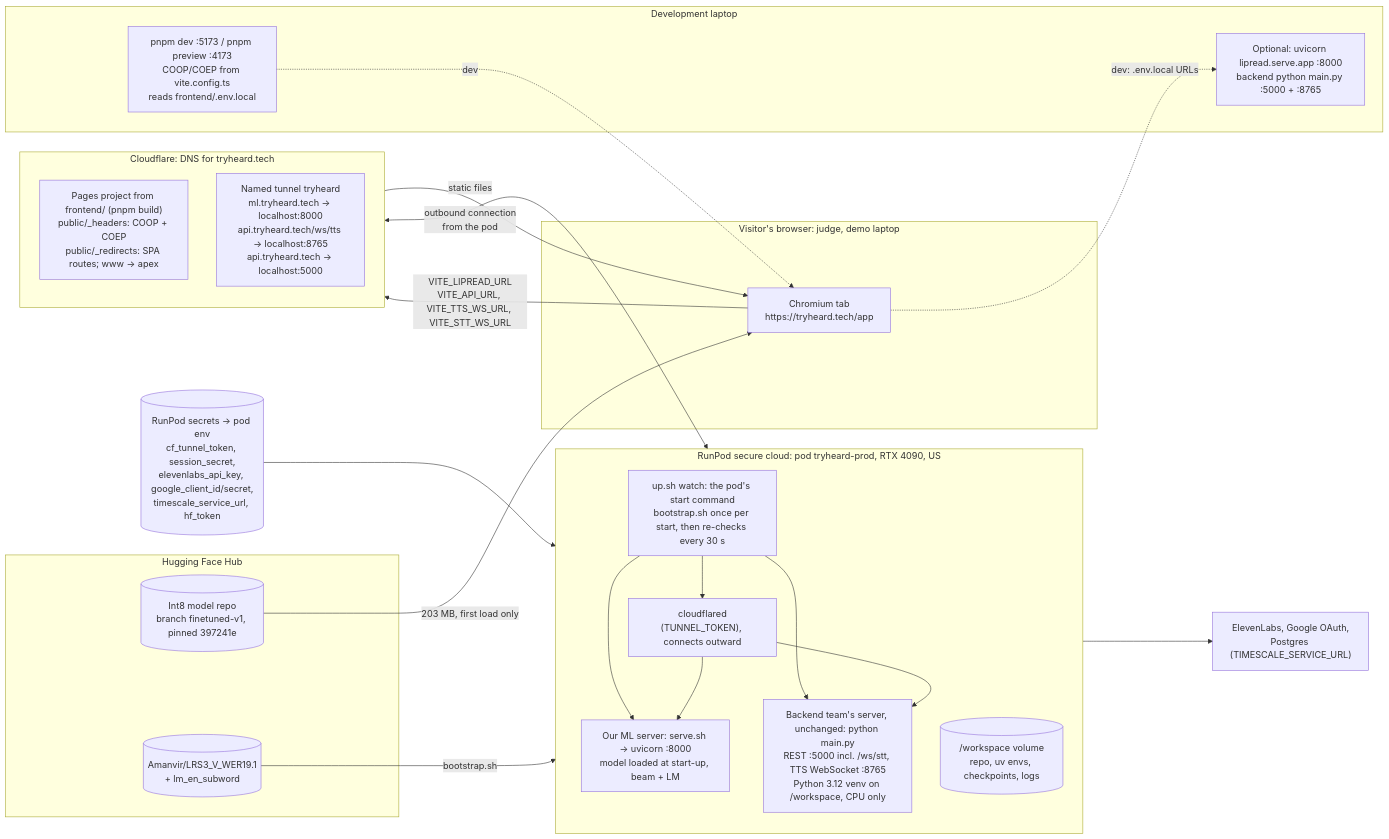
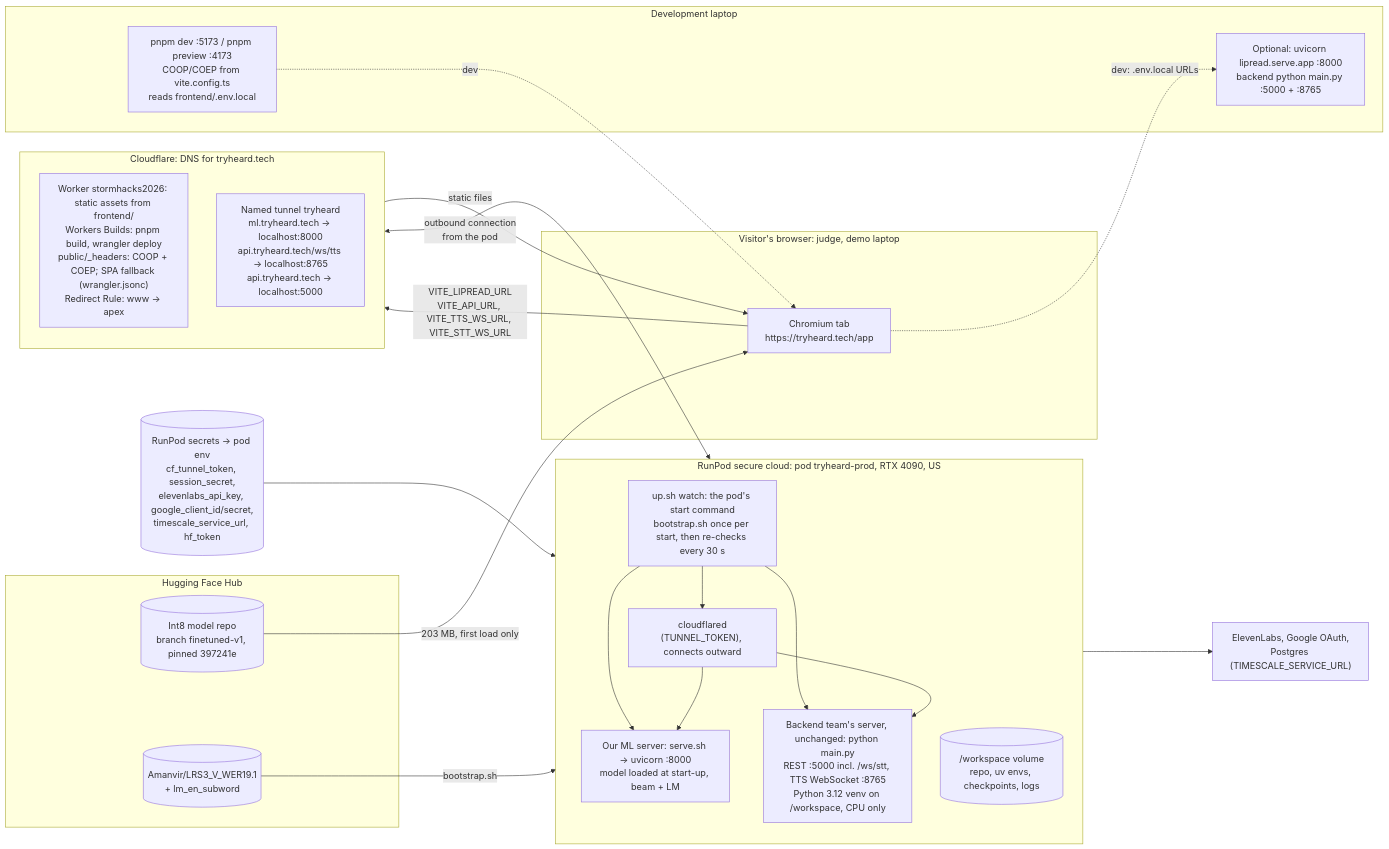
One commit to LMSAIH/stormhacks2026 changed the diagram in docs/architecture/deployment.md. Above: the diagram before and after it, drawn with Mermaid. The commit also changed other lines of this file and 7 other files, not shown here.

````diff
--- a/docs/architecture/deployment.md
+++ b/docs/architecture/deployment.md
@@ -13,50 +14,50 @@
 ```mermaid
 flowchart LR
   subgraph visitor["Visitor's browser: judge, demo laptop"]
     chrome["Chromium tab<br/>https://tryheard.tech/app"]
   end
 
   subgraph cf["Cloudflare: DNS for tryheard.tech"]
     direction TB
-    pages["Pages project from frontend/ (pnpm build)<br/>public/_headers: COOP + COEP<br/>public/_redirects: SPA routes; www → apex"]
+    pages["Worker stormhacks2026: static assets from frontend/<br/>Workers Builds: pnpm build, wrangler deploy<br/>public/_headers: COOP + COEP; SPA fallback (wrangler.jsonc)<br/>Redirect Rule: www → apex"]
     tunnel["Named tunnel tryheard<br/>ml.tryheard.tech → localhost:8000<br/>api.tryheard.tech/ws/tts → localhost:8765<br/>api.tryheard.tech → localhost:5000"]
   end
 
   subgraph pod["RunPod secure cloud: pod tryheard-prod, RTX 4090, US"]
     direction TB
     up["up.sh watch: the pod's start command<br/>bootstrap.sh once per start, then re-checks every 30 s"]
     cfd["cloudflared<br/>(TUNNEL_TOKEN), connects outward"]
     ml["Our ML server: serve.sh → uvicorn :8000<br/>model loaded at start-up, beam + LM"]
     be["Backend team's server, unchanged: python main.py<br/>REST :5000 incl. /ws/stt, TTS WebSocket :8765<br/>Python 3.12 venv on /workspace, CPU only"]
     vol[("/workspace volume<br/>repo, uv envs, checkpoints, logs")]
     up --> cfd
     up --> ml
     up --> be
   end
 
   secrets[("RunPod secrets → pod env<br/>cf_tunnel_token, session_secret,<br/>elevenlabs_api_key, google_client_id/secret,<br/>timescale_service_url, hf_token")]
 
   subgraph laptop["Development laptop"]
     vite["pnpm dev :5173 / pnpm preview :4173<br/>COOP/COEP from vite.config.ts<br/>reads frontend/.env.local"]
     localsrv["Optional: uvicorn lipread.serve.app :8000<br/>backend python main.py :5000 + :8765"]
   end
 
   subgraph hub["Hugging Face Hub"]
     model[("Int8 model repo<br/>branch finetuned-v1, pinned 397241e")]
     ckpts[("Amanvir/LRS3_V_WER19.1<br/>+ lm_en_subword")]
   end
 
   ext["ElevenLabs, Google OAuth,<br/>Postgres (TIMESCALE_SERVICE_URL)"]
 
   pages -->|"static files"| chrome
   model -->|"203 MB, first load only"| chrome
   chrome -->|"VITE_LIPREAD_URL<br/>VITE_API_URL, VITE_TTS_WS_URL, VITE_STT_WS_URL"| tunnel
   tunnel <-->|"outbound connection<br/>from the pod"| cfd
   cfd --> ml
   cfd --> be
   secrets --> up
   ckpts -->|"bootstrap.sh"| ml
   be --> ext
   vite -.->|"dev"| chrome
   chrome -.->|"dev: .env.local URLs"| localsrv
 ```
````
